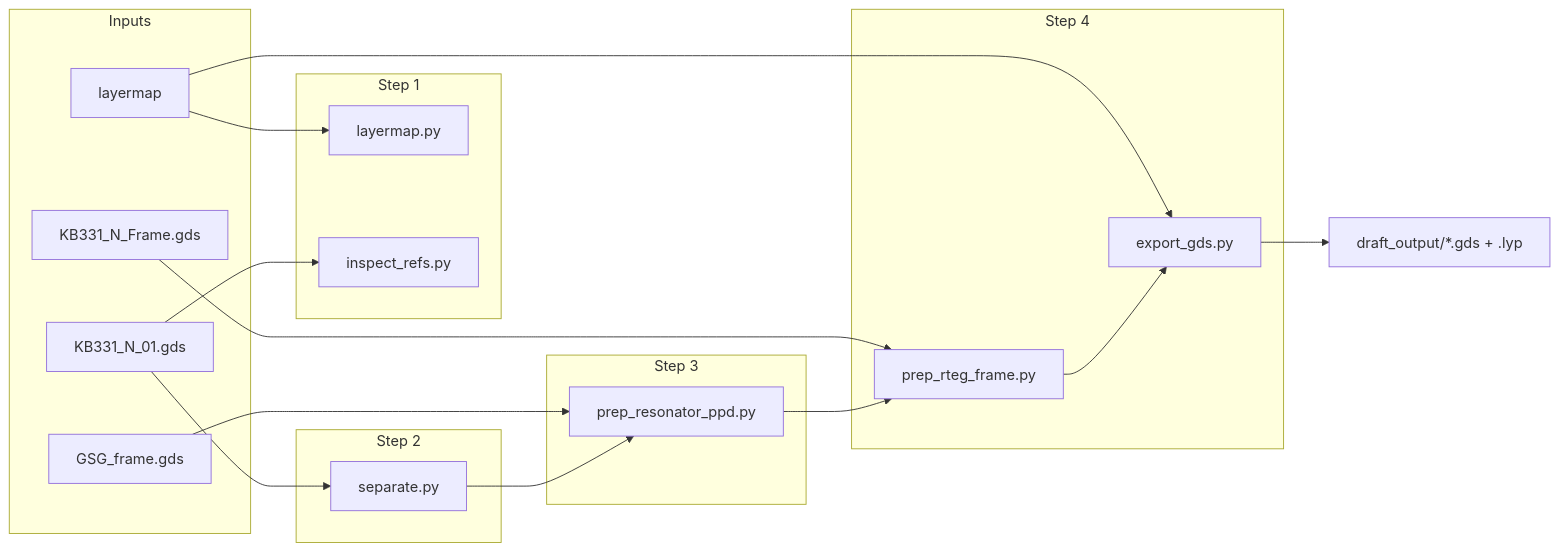
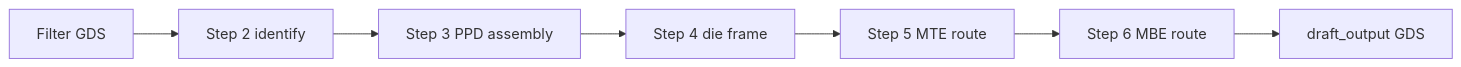
Before and after one commit to ReubenSKWS/rteg-automation: the diagram in README.md, drawn with Mermaid. The commit also changed other lines of this file and 14 other files, not shown here.

Commit message:
MBE route for MTE signal route done

````diff
--- a/README.md
+++ b/README.md
@@ -50,38 +48,9 @@
 ```mermaid
 flowchart LR
-    subgraph inputs [Inputs]
-        filter[KB331_N_01.gds]
-        frame[KB331_N_Frame.gds]
-        ppd[GSG_frame.gds]
-        lm[layermap]
-    end
-
-    subgraph step1 [Step 1]
-        layermap[layermap.py]
-        inspect[inspect_refs.py]
-    end
-
-    subgraph step2 [Step 2]
-        sep[separate.py]
-    end
-
-    subgraph step3 [Step 3]
-        ppdprep[prep_resonator_ppd.py]
-    end
-
-    subgraph step4 [Step 4]
-        frameprep[prep_rteg_frame.py]
-        export[export_gds.py]
-    end
-
-    lm --> layermap
-    filter --> inspect
-    filter --> sep
-    sep --> ppdprep
-    ppd --> ppdprep
-    ppdprep --> frameprep
-    frame --> frameprep
-    frameprep --> export
-    lm --> export
-    export --> draft[draft_output/*.gds + .lyp]
+  filter[Filter GDS] --> identify[Step 2 identify]
+  identify --> ppd[Step 3 PPD assembly]
+  ppd --> frame[Step 4 die frame]
+  frame --> mte[Step 5 MTE route]
+  mte --> mbe[Step 6 MBE route]
+  mbe --> gds[draft_output GDS]
 ```
````
